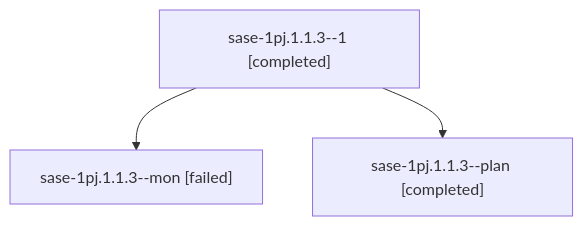
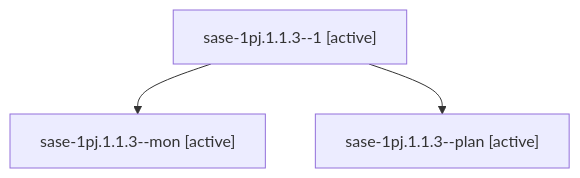
Before and after one commit to sase-org/sase--agents: the diagram in sessions/bbugyi200.athena.sase-1pj.1.1.3.md, drawn with Mermaid. The commit also changed other lines of this file and 110 other files, not shown here.

````diff
--- a/sessions/bbugyi200.athena.sase-1pj.1.1.3.md
+++ b/sessions/bbugyi200.athena.sase-1pj.1.1.3.md
@@ -9,8 +9,8 @@
 ```mermaid
 flowchart TD
-  n0["sase-1pj.1.1.3--1 [completed]"]
-  n1["sase-1pj.1.1.3--mon [failed]"]
+  n0["sase-1pj.1.1.3--1 [active]"]
+  n1["sase-1pj.1.1.3--mon [active]"]
   n0 --> n1
-  n2["sase-1pj.1.1.3--plan [completed]"]
+  n2["sase-1pj.1.1.3--plan [active]"]
   n0 --> n2
 ```
````
